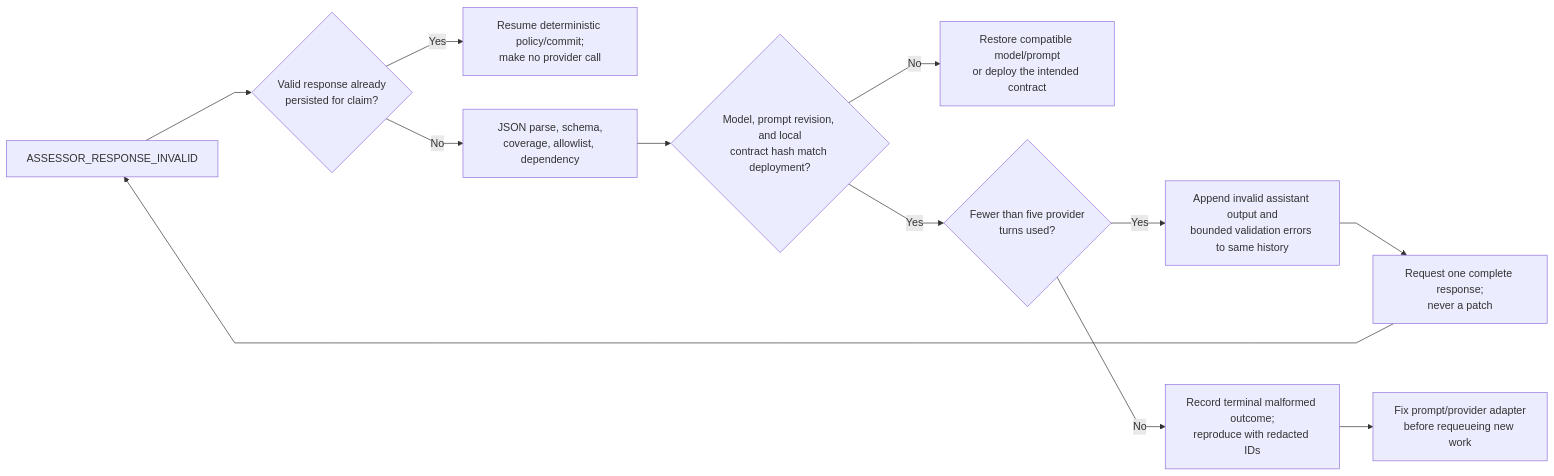
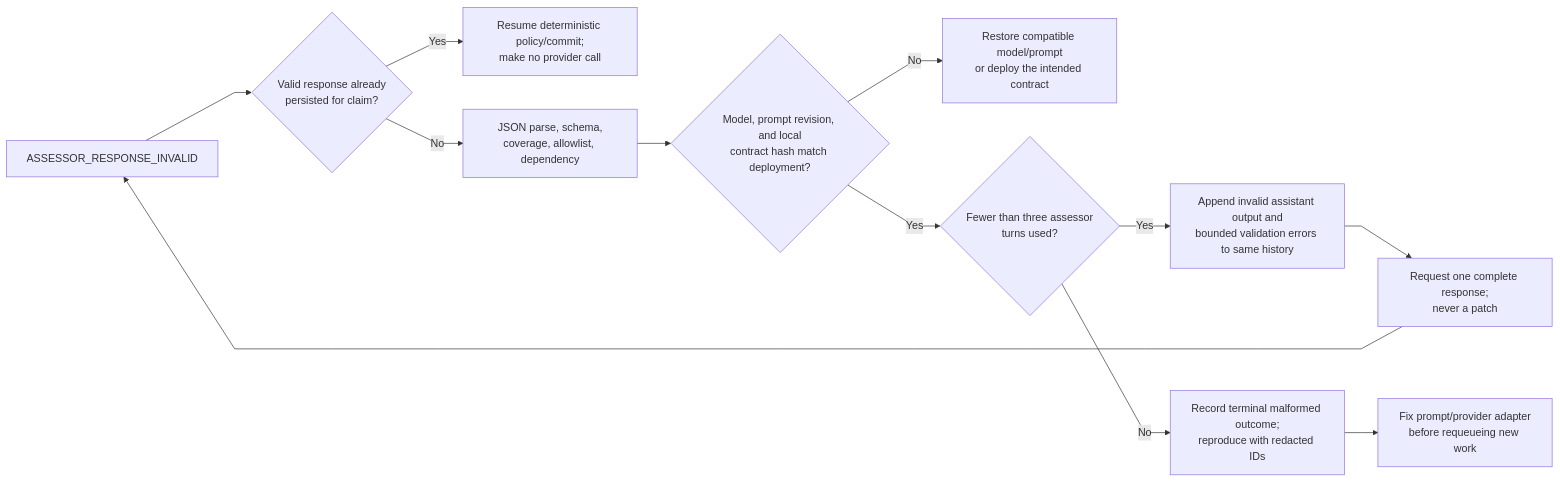
One commit to markhuangai/dense-mem changed the fifth of 10 diagrams in Operations-Runbook.md. Above: the diagram before and after it, drawn with Mermaid. The commit also changed other lines of this file and 24 other files, not shown here.

````diff
--- a/Operations-Runbook.md
+++ b/Operations-Runbook.md
@@ -449,15 +469,15 @@
 ```mermaid
 %%{init: {"flowchart": {"curve": "linear"}}}%%
 flowchart LR
   Invalid["ASSESSOR_RESPONSE_INVALID"] --> Persisted{"Valid response already<br/>persisted for claim?"}
   Persisted -- Yes --> Resume["Resume deterministic policy/commit;<br/>make no provider call"]
   Persisted -- No --> Classify["JSON parse, schema,<br/>coverage, allowlist, dependency"]
   Classify --> Contract{"Model, prompt revision, and local<br/>contract hash match deployment?"}
   Contract -- No --> Rollback["Restore compatible model/prompt<br/>or deploy the intended contract"]
-  Contract -- Yes --> Turns{"Fewer than five provider<br/>turns used?"}
+  Contract -- Yes --> Turns{"Fewer than three assessor<br/>turns used?"}
   Turns -- Yes --> Correct["Append invalid assistant output and<br/>bounded validation errors to same history"]
   Correct --> Replace["Request one complete response;<br/>never a patch"]
   Replace --> Invalid
   Turns -- No --> Reproduce["Record terminal malformed outcome;<br/>reproduce with redacted IDs"]
   Reproduce --> Fix["Fix prompt/provider adapter<br/>before requeueing new work"]
 ```
````
